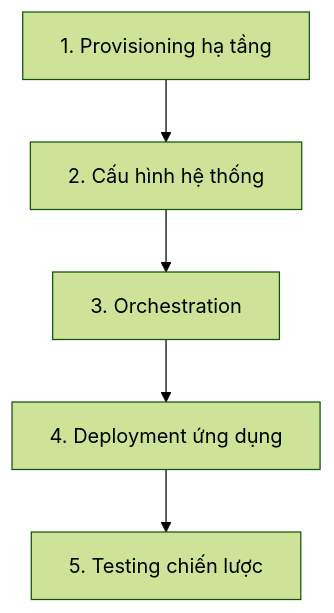
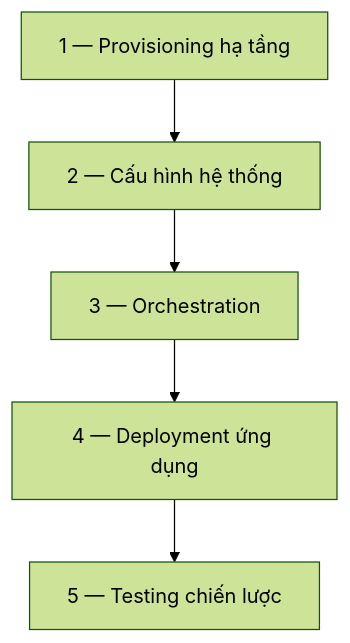
Before and after one commit to phanminhtai1029/obsidian-knowledge-base: the diagram in 06-DevOps/08-IaC-Toolchain.md, drawn with Mermaid (forest theme). The commit also changed 5 other files, not shown here.

First line of the commit message:
Fix sơ đồ Mermaid: bỏ nhãn dạng "số." gây lỗi "Unsupported markdown: list" trên Obsidian

````diff
--- a/06-DevOps/08-IaC-Toolchain.md
+++ b/06-DevOps/08-IaC-Toolchain.md
@@ -37,7 +37,7 @@
 ```mermaid
 flowchart TD
-    PROV["1. Provisioning hạ tầng"] --> CFG["2. Cấu hình hệ thống"]
-    CFG --> ORCH["3. Orchestration"]
-    ORCH --> DEP["4. Deployment ứng dụng"]
-    DEP --> TEST["5. Testing chiến lược"]
+    PROV["1 — Provisioning hạ tầng"] --> CFG["2 — Cấu hình hệ thống"]
+    CFG --> ORCH["3 — Orchestration"]
+    ORCH --> DEP["4 — Deployment ứng dụng"]
+    DEP --> TEST["5 — Testing chiến lược"]
 ```
````
